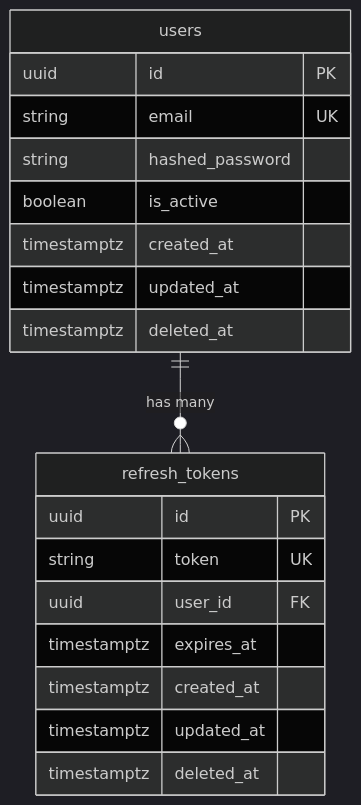
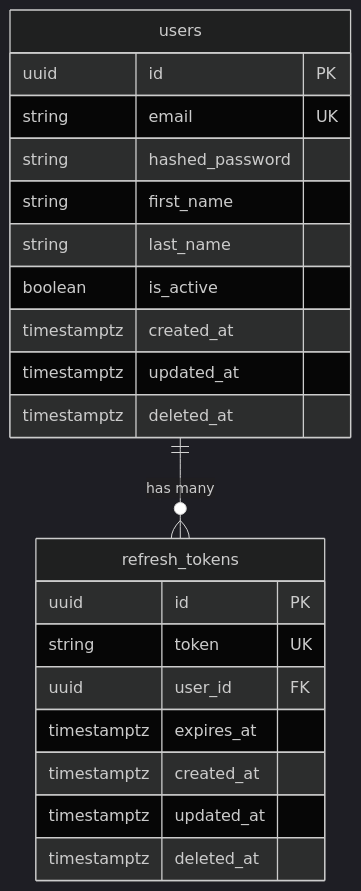
One commit to lucas-lawrence/fastapi-react-saas-starter changed the diagram in docs/data/erd.md. Above: the diagram before and after it, drawn with Mermaid (dark theme). The commit also changed 5 other files, not shown here.

First line of the commit message:
feat: add first_name and last_name to users table

````diff
--- a/docs/data/erd.md
+++ b/docs/data/erd.md
@@ -5,24 +5,26 @@
 ```mermaid
 erDiagram
     users {
         uuid id PK
         string email UK
         string hashed_password
+        string first_name
+        string last_name
         boolean is_active
         timestamptz created_at
         timestamptz updated_at
         timestamptz deleted_at
     }
 
     refresh_tokens {
         uuid id PK
         string token UK
         uuid user_id FK
         timestamptz expires_at
         timestamptz created_at
         timestamptz updated_at
         timestamptz deleted_at
     }
 
     users ||--o{ refresh_tokens : "has many"
 ```
````
